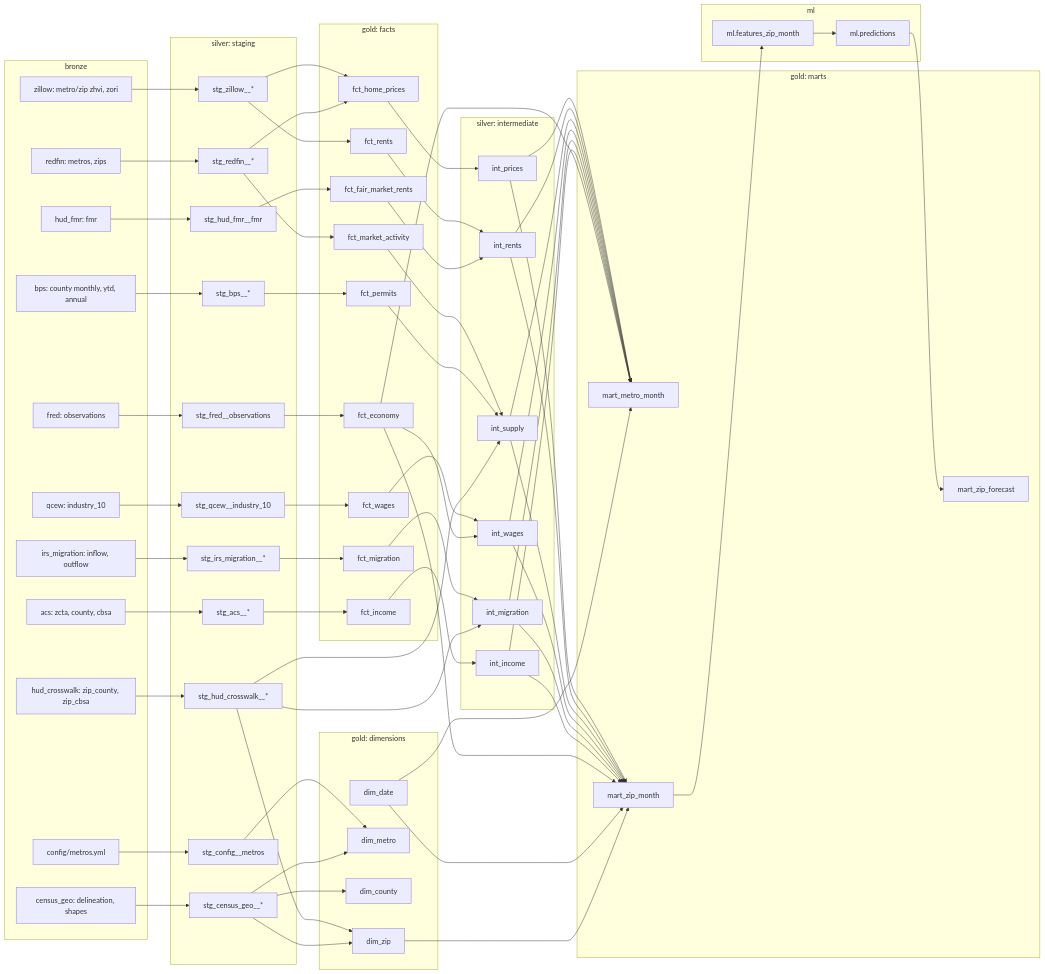
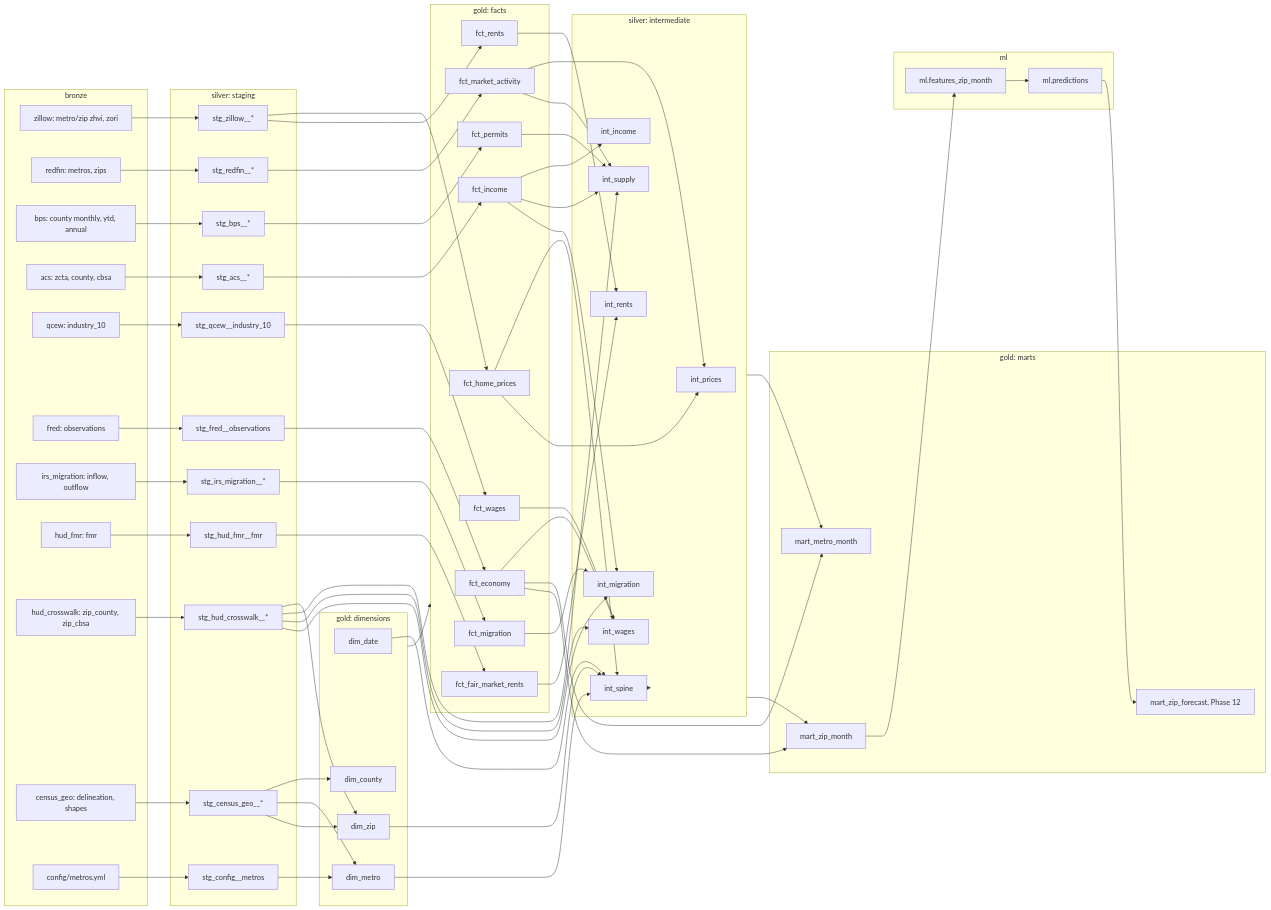
The second of 2 diagrams in docs/warehouse_design.md (YearningAsian/metro-housing-affordability), drawn with Mermaid before and after one commit. The commit also changed other lines of this file and 56 other files, not shown here.

```diff
--- a/docs/warehouse_design.md
+++ b/docs/warehouse_design.md
@@ -247,6 +250,7 @@
         fct_economy
     end
     subgraph intermediate [silver: intermediate]
+        int_spine
         int_prices
         int_rents
         int_supply
@@ -257,7 +261,7 @@
     subgraph marts [gold: marts]
         mart_metro_month
         mart_zip_month
-        mart_zip_forecast
+        mart_zip_forecast[mart_zip_forecast, Phase 12]
     end
     subgraph ml
         features[ml.features_zip_month]
@@ -282,8 +286,8 @@
     s_xwalk --> dim_zip
     s_geo --> dim_zip
 
+    dims --> facts
     s_zillow --> fct_home_prices
-    s_redfin --> fct_home_prices
     s_zillow --> fct_rents
     s_fmr --> fct_fair_market_rents
     s_redfin --> fct_market_activity
@@ -293,7 +297,13 @@
     s_acs --> fct_income
     s_fred --> fct_economy
 
+    dim_date --> int_spine
+    dim_metro --> int_spine
+    dim_zip --> int_spine
+    fct_home_prices --> int_spine
+    int_spine --> intermediate
     fct_home_prices --> int_prices
+    fct_market_activity --> int_prices
     fct_rents --> int_rents
     fct_fair_market_rents --> int_rents
     fct_market_activity --> int_supply
@@ -302,26 +312,16 @@
     fct_economy --> int_wages
     fct_migration --> int_migration
     fct_income --> int_income
+    fct_income --> int_supply
+    fct_income --> int_migration
     s_xwalk --> int_supply
+    s_xwalk --> int_wages
     s_xwalk --> int_migration
 
-    int_prices --> mart_metro_month
-    int_rents --> mart_metro_month
-    int_supply --> mart_metro_month
-    int_wages --> mart_metro_month
-    int_migration --> mart_metro_month
-    int_income --> mart_metro_month
+    intermediate --> mart_metro_month
+    intermediate --> mart_zip_month
     fct_economy --> mart_metro_month
-    dim_date --> mart_metro_month
-    int_prices --> mart_zip_month
-    int_rents --> mart_zip_month
-    int_supply --> mart_zip_month
-    int_wages --> mart_zip_month
-    int_migration --> mart_zip_month
-    int_income --> mart_zip_month
     fct_economy --> mart_zip_month
-    dim_date --> mart_zip_month
-    dim_zip --> mart_zip_month
 
     mart_zip_month --> features
     features --> predictions
```
